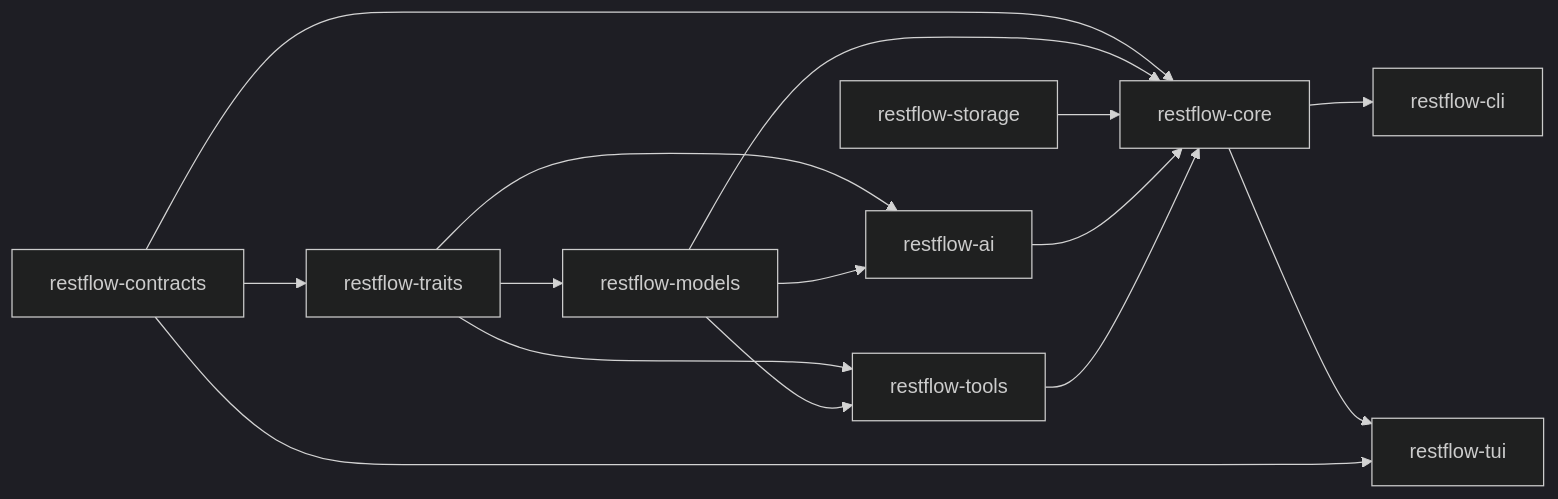
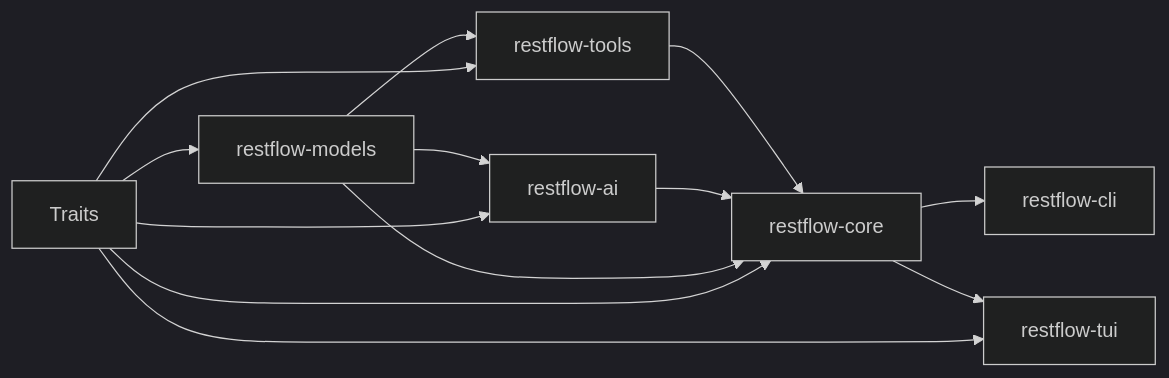
The second of 4 diagrams in SYSTEM_ARCHITECTURE.md (lhwzds/restflow), drawn with Mermaid (dark theme) before and after one commit. The commit also changed other lines of this file and 147 other files, not shown here.

````diff
--- a/SYSTEM_ARCHITECTURE.md
+++ b/SYSTEM_ARCHITECTURE.md
@@ -59,19 +74,17 @@
 ```mermaid
 flowchart LR
-    Contracts["restflow-contracts"] --> Traits["restflow-traits"]
     Traits --> Models["restflow-models"]
     Traits --> Ai["restflow-ai"]
     Traits --> Tools["restflow-tools"]
+    Traits --> Core["restflow-core"]
+    Traits --> Tui["restflow-tui"]
 
     Models --> Ai
     Models --> Tools
-    Contracts --> Core["restflow-core"]
     Models --> Core
-    Storage["restflow-storage"] --> Core
     Ai --> Core
     Tools --> Core
 
     Core --> Cli["restflow-cli"]
-    Core --> Tui["restflow-tui"]
-    Contracts --> Tui
+    Core --> Tui
 ```
````
